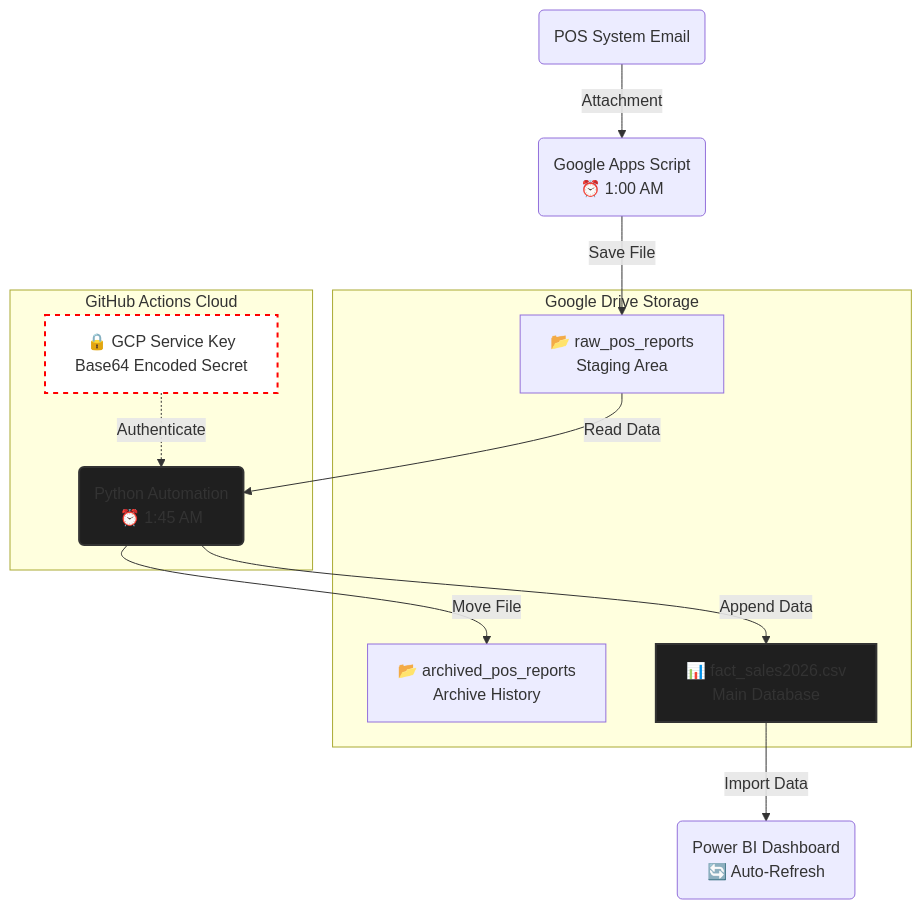
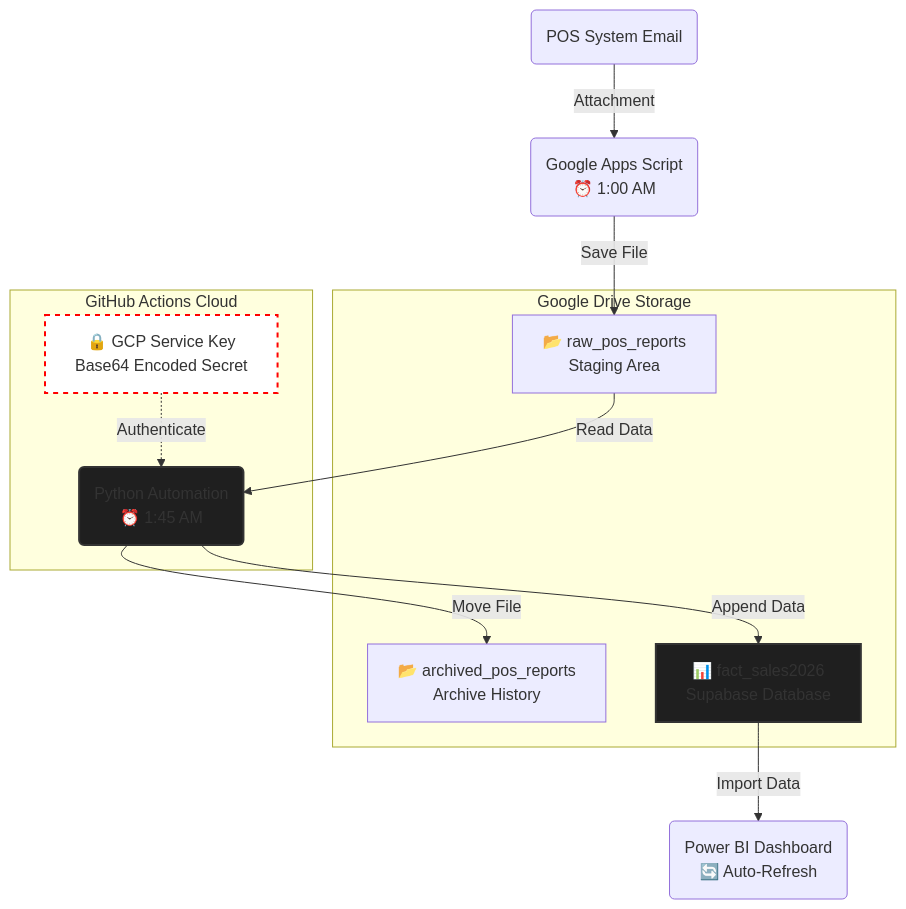
The diagram in README.md (robimengote/Automated-Cloud-ETL-Pipeline-for-Retail-Sales-Analytics), drawn with Mermaid before and after one commit.

````diff
--- a/README.md
+++ b/README.md
@@ -27,36 +27,36 @@
 ```mermaid
 graph TD
     %% Nodes
     POS(POS System Email)
     GAS(Google Apps Script <br/> ⏰ 1:00 AM)
     
     subgraph Google_Drive [Google Drive Storage]
         RAW[📂 raw_pos_reports <br/> Staging Area]
         ARCHIVE_POS_REPORTS[📂 archived_pos_reports <br/> Archive History]
-        MASTER_REPORT_FILE[📊 fact_sales2026.csv <br/> Main Database]
+        MASTER_REPORT_FILE[📊 fact_sales2026<br/> Supabase Database]
     end
     
     subgraph GitHub_Cloud [GitHub Actions Cloud]
         PY(Python Automation <br/> ⏰ 1:45 AM)
         SECRET[🔒 GCP Service Key <br/> Base64 Encoded Secret]
     end
     
     PBI(Power BI Dashboard <br/> 🔄 Auto-Refresh)
     
     %% Connections
     POS -->|Attachment| GAS
     GAS -->|Save File| RAW
     
     RAW -->|Read Data| PY
     SECRET -.->|Authenticate| PY
     
     PY -->|Append Data| MASTER_REPORT_FILE
     PY -->|Move File| ARCHIVE_POS_REPORTS
     
     MASTER_REPORT_FILE -->|Import Data| PBI
     
     %% Styling
     style PY fill:#1F1F1F,stroke:#333,stroke-width:2px
     style MASTER_REPORT_FILE fill:#1F1F1F,stroke:#333,stroke-width:2px
     style SECRET fill:#fff,stroke:#f00,stroke-width:2px,stroke-dasharray: 5 5
 ```
````
